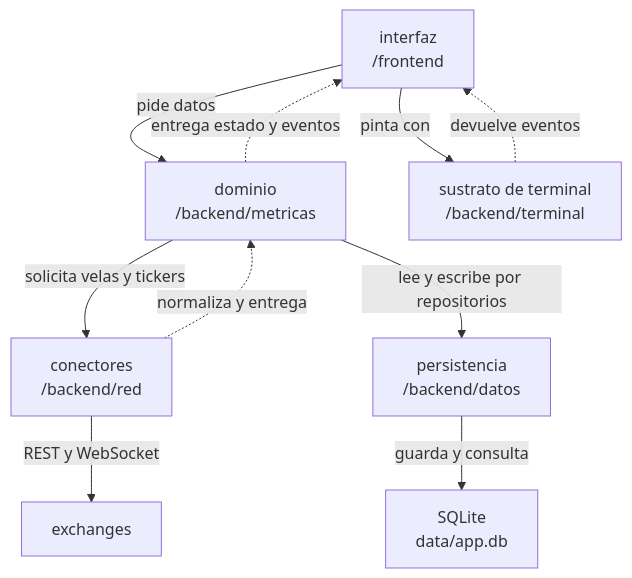
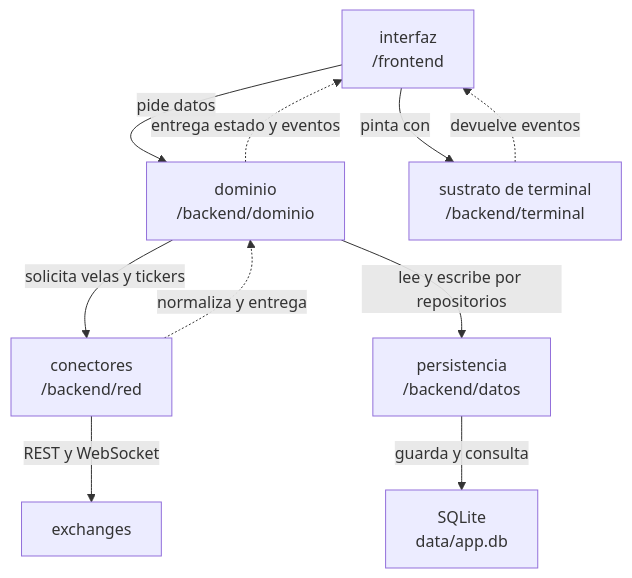
Before and after one commit to Goonza88/Trabajo_Final_Barrios_Gerbino: the diagram in docs/arquitectura.md, drawn with Mermaid. The commit also changed other lines of this file and 12 other files, not shown here.

````diff
--- a/docs/arquitectura.md
+++ b/docs/arquitectura.md
@@ -15,20 +15,20 @@
 ```mermaid
 graph TD
     UI["interfaz<br>/frontend"]
-    DOM["dominio<br>/backend/metricas"]
+    DOM["dominio<br>/backend/dominio"]
     DATOS["persistencia<br>/backend/datos"]
     RED["conectores<br>/backend/red"]
     TERM["sustrato de terminal<br>/backend/terminal"]
     EXCH["exchanges"]
     BD["SQLite<br>data/app.db"]
 
     UI -->|"pide datos"| DOM
     DOM -.->|"entrega estado y eventos"| UI
     DOM -->|"solicita velas y tickers"| RED
     RED -->|"REST y WebSocket"| EXCH
     RED -.->|"normaliza y entrega"| DOM
     DOM -->|"lee y escribe por repositorios"| DATOS
     DATOS -->|"guarda y consulta"| BD
     UI -->|"pinta con"| TERM
     TERM -.->|"devuelve eventos"| UI
 ```
````
